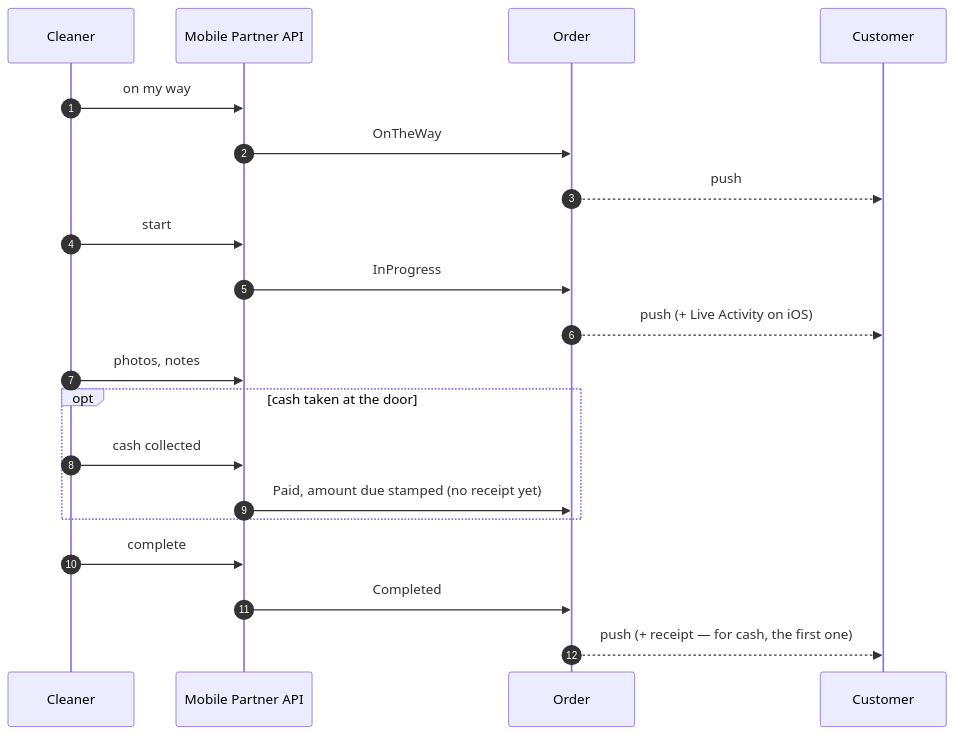
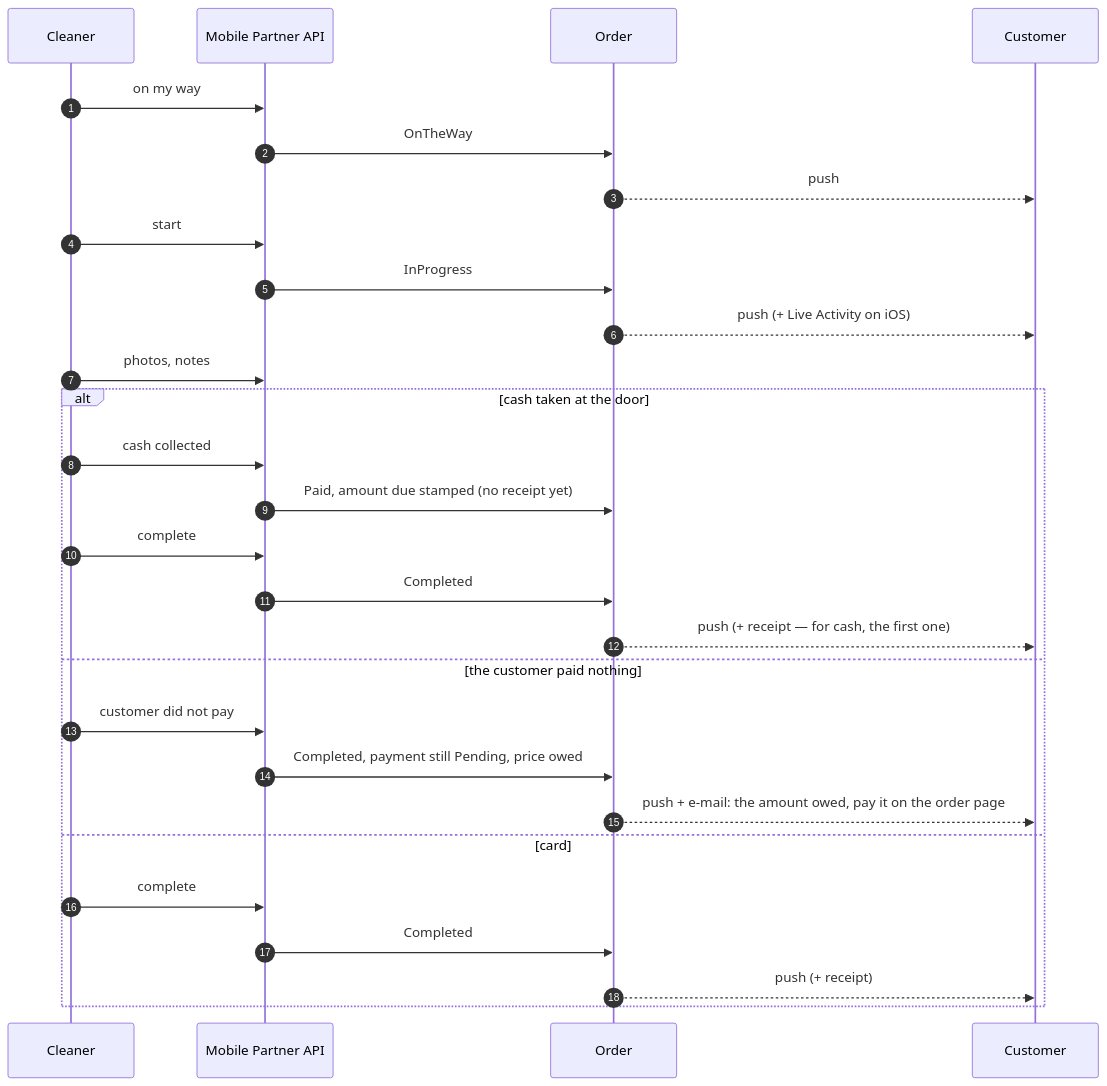
One commit to VM-s-Solutions/cleansia changed the first of 2 diagrams in docs/flows/execution-and-completion.md. Above: the diagram before and after it, drawn with Mermaid. The commit also changed other lines of this file and 18 other files, not shown here.

First line of the commit message:
docs: an amount owed refuses every booking and a door non-payment is owed; pending card refunds count against every ceiling, a partly refunded order cancelled free gets the rest, and the whole price back reads Refunded; query values, Sentry request detail and stacked retries are gone

````diff
--- a/docs/flows/execution-and-completion.md
+++ b/docs/flows/execution-and-completion.md
@@ -7,23 +7,31 @@
 ```mermaid
 sequenceDiagram
   autonumber
   participant C as Cleaner
   participant API as Mobile Partner API
   participant O as Order
   participant N as Customer
 
   C->>API: on my way
   API->>O: OnTheWay
   O-->>N: push
   C->>API: start
   API->>O: InProgress
   O-->>N: push (+ Live Activity on iOS)
   C->>API: photos, notes
-  opt cash taken at the door
+  alt cash taken at the door
     C->>API: cash collected
     API->>O: Paid, amount due stamped (no receipt yet)
+    C->>API: complete
+    API->>O: Completed
+    O-->>N: push (+ receipt — for cash, the first one)
+  else the customer paid nothing
+    C->>API: customer did not pay
+    API->>O: Completed, payment still Pending, price owed
+    O-->>N: push + e-mail: the amount owed, pay it on the order page
+  else card
+    C->>API: complete
+    API->>O: Completed
+    O-->>N: push (+ receipt)
   end
-  C->>API: complete
-  API->>O: Completed
-  O-->>N: push (+ receipt — for cash, the first one)
 ```
````
